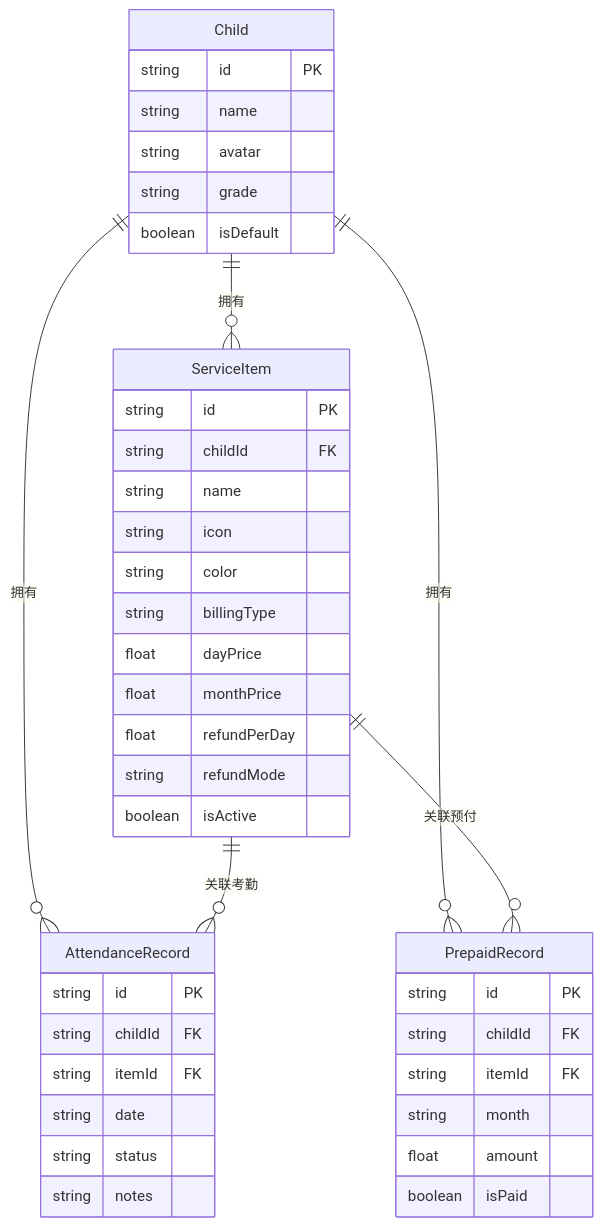
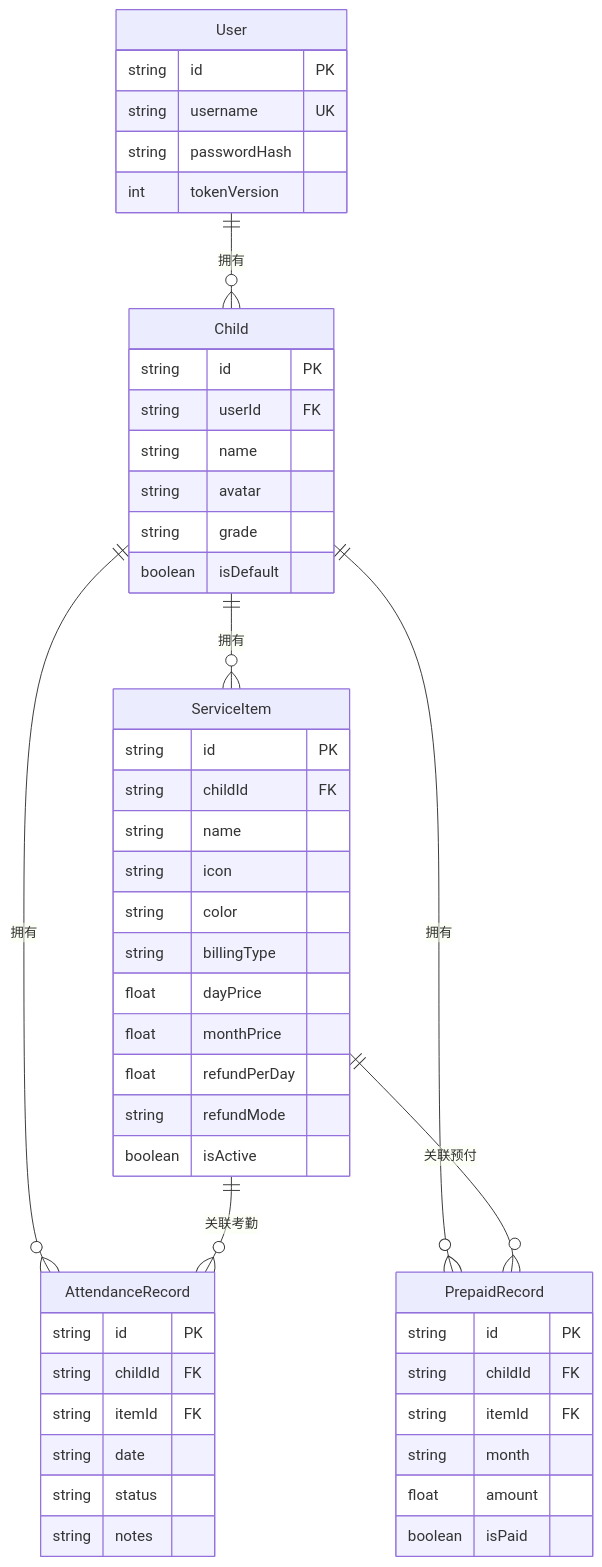
One commit to cola-sk/bentocare changed the diagram in docs/technical-solution.md. Above: the diagram before and after it, drawn with Mermaid. The commit also changed 7 other files, not shown here.

````diff
--- a/docs/technical-solution.md
+++ b/docs/technical-solution.md
@@ -59,48 +59,57 @@
 ```mermaid
 erDiagram
+    User ||--o{ Child : "拥有"
     Child ||--o{ ServiceItem : "拥有"
     Child ||--o{ AttendanceRecord : "拥有"
     Child ||--o{ PrepaidRecord : "拥有"
     ServiceItem ||--o{ AttendanceRecord : "关联考勤"
     ServiceItem ||--o{ PrepaidRecord : "关联预付"
 
+    User {
+        string id PK
+        string username UK
+        string passwordHash
+        int tokenVersion
+    }
+
     Child {
         string id PK
+        string userId FK
         string name
         string avatar
         string grade
         boolean isDefault
     }
 
     ServiceItem {
         string id PK
         string childId FK
         string name
         string icon
         string color
         string billingType
         float dayPrice
         float monthPrice
         float refundPerDay
         string refundMode
         boolean isActive
     }
 
     AttendanceRecord {
         string id PK
         string childId FK
         string itemId FK
         string date
         string status
         string notes
     }
 
     PrepaidRecord {
         string id PK
         string childId FK
         string itemId FK
         string month
         float amount
         boolean isPaid
     }
 ```
````
